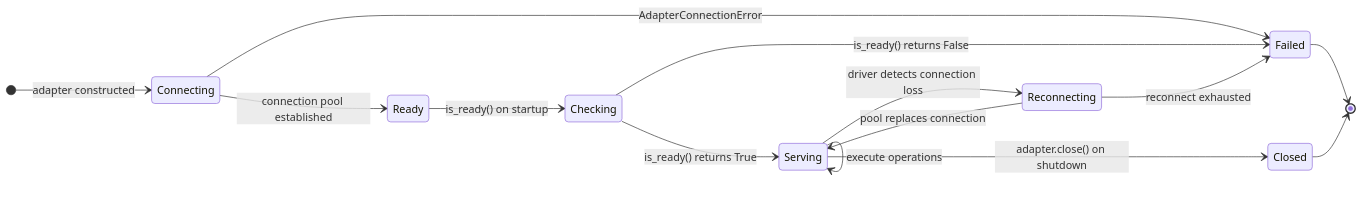
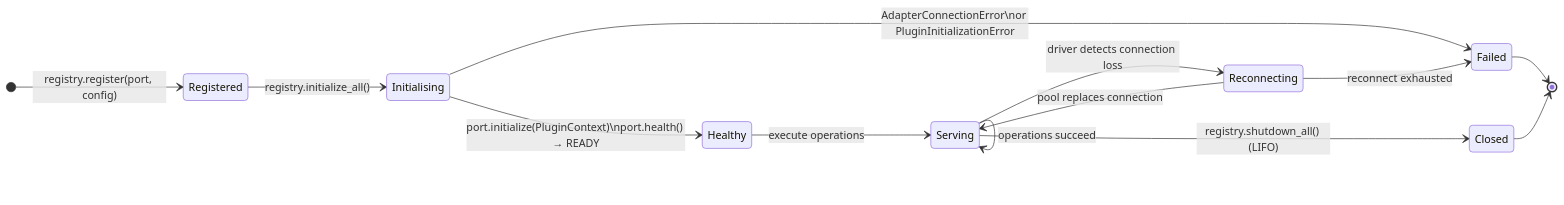
One commit to Furious-Meteors/openframe-core changed the diagram in docs/technical/architecture/package-journey/adapter-lifecycle.md. Above: the diagram before and after it, drawn with Mermaid. The commit also changed other lines of this file and 94 other files, not shown here.

````diff
--- a/docs/technical/architecture/package-journey/adapter-lifecycle.md
+++ b/docs/technical/architecture/package-journey/adapter-lifecycle.md
@@ -9,17 +9,16 @@
 ```mermaid
 stateDiagram-v2
     direction LR
-    [*] --> Connecting : adapter constructed
-    Connecting --> Ready : connection pool established
-    Connecting --> Failed : AdapterConnectionError
-    Ready --> Checking : is_ready() on startup
-    Checking --> Serving : is_ready() returns True
-    Checking --> Failed : is_ready() returns False
-    Serving --> Serving : execute operations
+    [*] --> Registered : registry.register(port, config)
+    Registered --> Initialising : registry.initialize_all()
+    Initialising --> Healthy : port.initialize(PluginContext)\nport.health() → READY
+    Initialising --> Failed : AdapterConnectionError\nor PluginInitializationError
+    Healthy --> Serving : execute operations
+    Serving --> Serving : operations succeed
     Serving --> Reconnecting : driver detects connection loss
     Reconnecting --> Serving : pool replaces connection
     Reconnecting --> Failed : reconnect exhausted
-    Serving --> Closed : adapter.close() on shutdown
+    Serving --> Closed : registry.shutdown_all() (LIFO)
     Failed --> [*]
     Closed --> [*]
 ```
````
